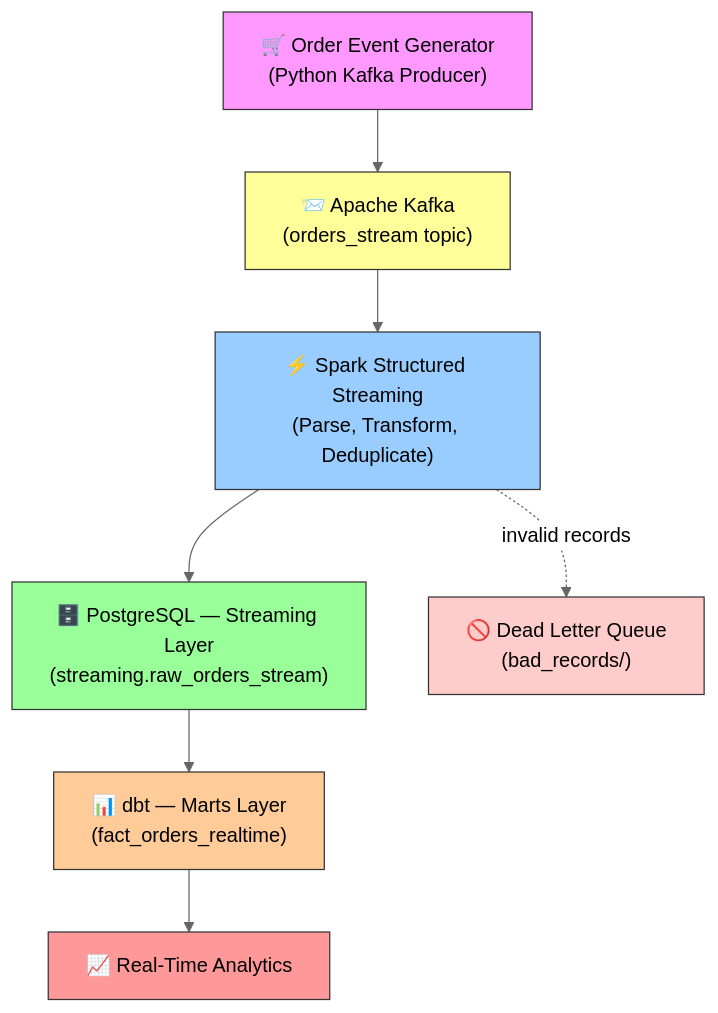
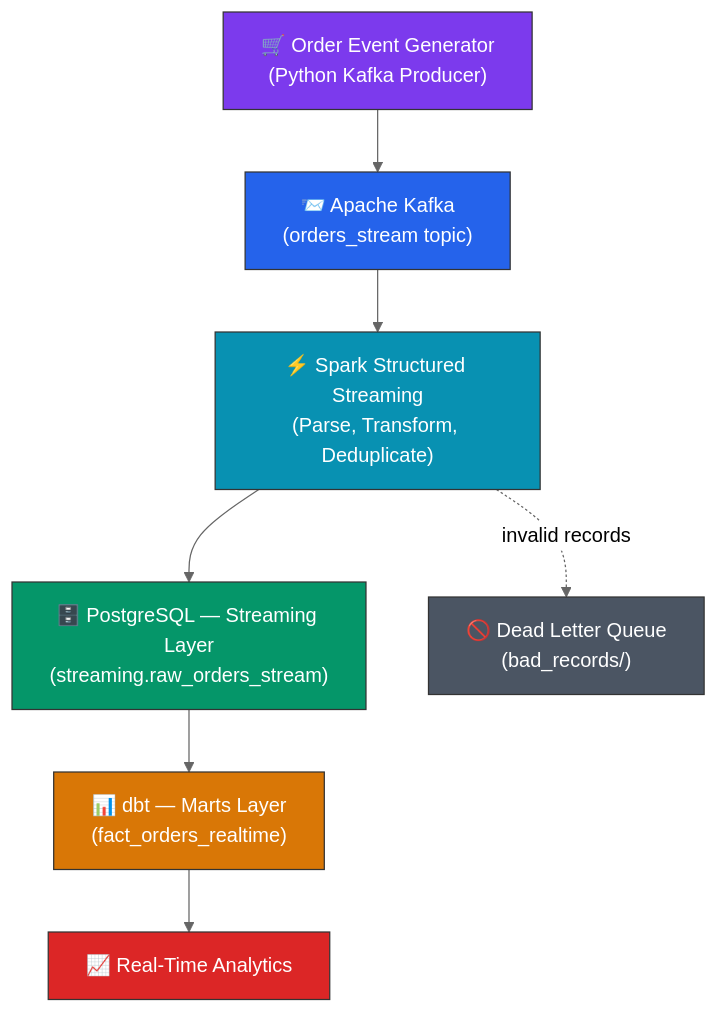
The second of 2 diagrams in README.md (sameermungase/E-Commerce_Realtime_Data_Pipeline), drawn with Mermaid (neutral theme) before and after one commit. The commit also changed other lines of this file, not shown here.

Commit message:
Made changes in Readme

````diff
--- a/README.md
+++ b/README.md
@@ -31,18 +31,18 @@
 ```mermaid
 flowchart TD
     H["🛒 Order Event Generator\n(Python Kafka Producer)"] --> I["📨 Apache Kafka\n(orders_stream topic)"]
     I --> J["⚡ Spark Structured Streaming\n(Parse, Transform, Deduplicate)"]
     J --> K["🗄️ PostgreSQL — Streaming Layer\n(streaming.raw_orders_stream)"]
     K --> L["📊 dbt — Marts Layer\n(fact_orders_realtime)"]
     L --> M["📈 Real-Time Analytics"]
 
     J -.->|invalid records| N["🚫 Dead Letter Queue\n(bad_records/)"]
 
-    style H fill:#f9f,stroke:#333
-    style I fill:#ff9,stroke:#333
-    style J fill:#9cf,stroke:#333
-    style K fill:#9f9,stroke:#333
-    style L fill:#fc9,stroke:#333
-    style M fill:#f99,stroke:#333
-    style N fill:#fcc,stroke:#333
+    style H fill:#7c3aed,stroke:#333,color:#fff
+    style I fill:#2563eb,stroke:#333,color:#fff
+    style J fill:#0891b2,stroke:#333,color:#fff
+    style K fill:#059669,stroke:#333,color:#fff
+    style L fill:#d97706,stroke:#333,color:#fff
+    style M fill:#dc2626,stroke:#333,color:#fff
+    style N fill:#4b5563,stroke:#333,color:#fff
 ```
````
